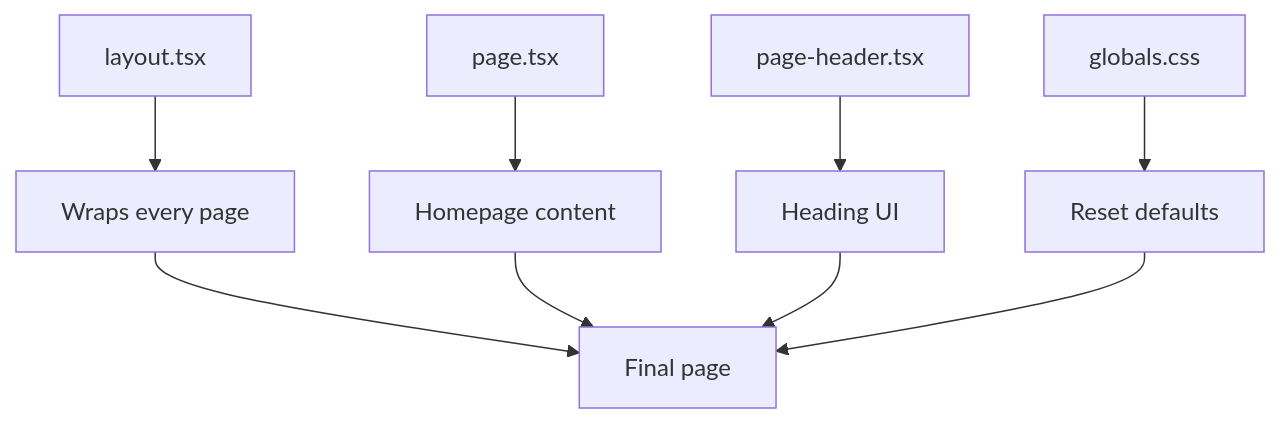
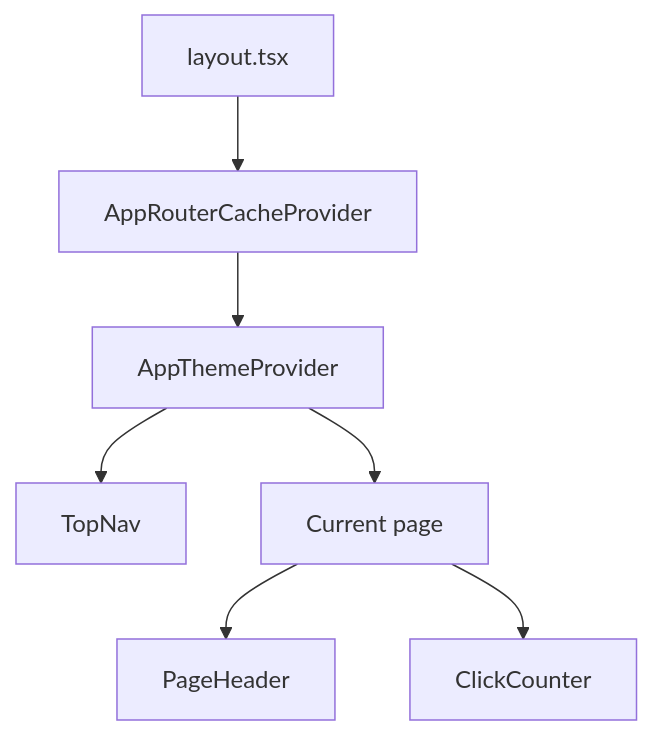
One commit to matthewlovestocode/designated changed the fourth of 4 diagrams in docs/web/rendering.md. Above: the diagram before and after it, drawn with Mermaid. The commit also changed other lines of this file and 35 other files, not shown here.

````diff
--- a/docs/web/rendering.md
+++ b/docs/web/rendering.md
@@ -128,11 +139,9 @@
 ```mermaid
 flowchart TD
-    A["layout.tsx"] --> B["Wraps every page"]
-    C["page.tsx"] --> D["Homepage content"]
-    E["page-header.tsx"] --> F["Heading UI"]
-    G["globals.css"] --> H["Reset defaults"]
-    B --> I["Final page"]
-    D --> I
-    F --> I
-    H --> I
+    A["layout.tsx"] --> B["AppRouterCacheProvider"]
+    B --> C["AppThemeProvider"]
+    C --> D["TopNav"]
+    C --> E["Current page"]
+    E --> F["PageHeader"]
+    E --> G["ClickCounter"]
 ```
````
